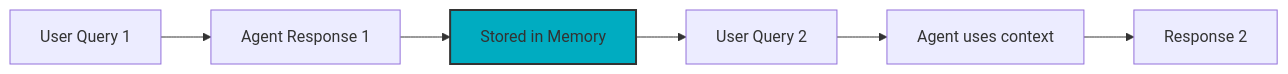
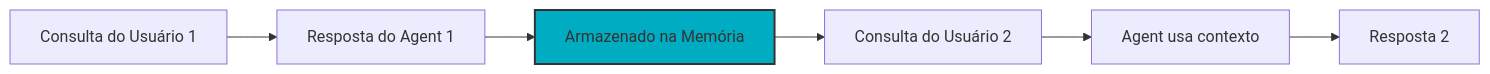
The eighth of 11 diagrams in docs/architecture/agent-flow.md (VictorCappelletto/data_agent_ia_01), drawn with Mermaid before and after one commit. The commit also changed other lines of this file and 11 other files, not shown here.

````diff
--- a/docs/architecture/agent-flow.md
+++ b/docs/architecture/agent-flow.md
@@ -163,10 +163,10 @@
 ```mermaid
 graph LR
-    A[User Query 1] --> B[Agent Response 1]
-    B --> C[Stored in Memory]
-    C --> D[User Query 2]
-    D --> E[Agent uses context]
-    E --> F[Response 2]
+    A[Consulta do Usuário 1] --> B[Resposta do Agent 1]
+    B --> C[Armazenado na Memória]
+    C --> D[Consulta do Usuário 2]
+    D --> E[Agent usa contexto]
+    E --> F[Resposta 2]
     
     style C fill:#00acc1,stroke:#333,stroke-width:2px
 ```
````
